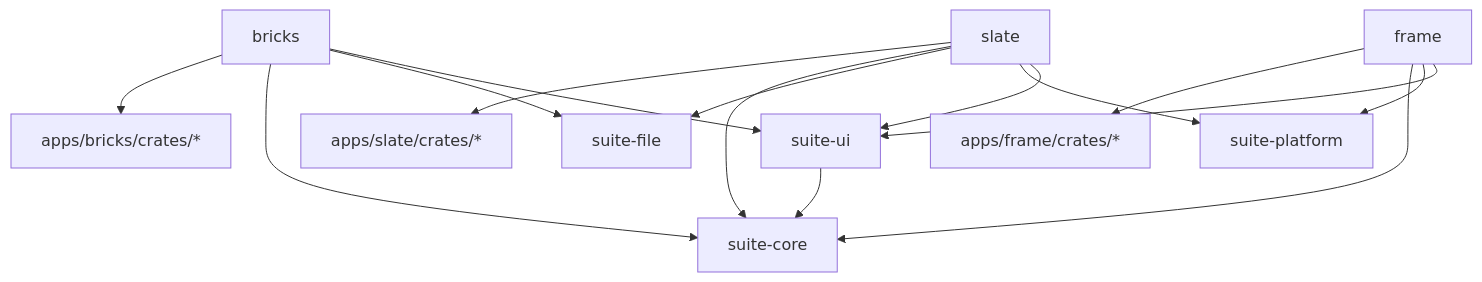
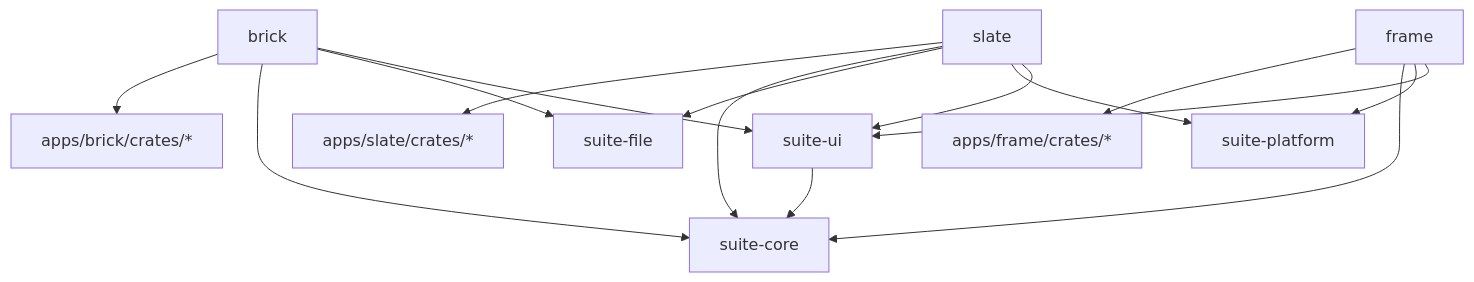
One commit to avdrav1/bricks changed the diagram in docs/architecture/overview.md. Above: the diagram before and after it, drawn with Mermaid. The commit also changed other lines of this file and 300 other files, not shown here.

Commit message:
PKG-5: Rename the app to Brick, replacing Bricks and Spreadsheet on install

````diff
--- a/docs/architecture/overview.md
+++ b/docs/architecture/overview.md
@@ -35,17 +35,17 @@
 ```mermaid
 graph TD
-    bricks --> suite-ui
-    bricks --> suite-file
-    bricks --> suite-core
-    bricks --> bricks-crates["apps/bricks/crates/*"]
+    brick --> suite-ui
+    brick --> suite-file
+    brick --> suite-core
+    brick --> brick-crates["apps/brick/crates/*"]
     slate --> suite-ui
     slate --> suite-platform
     slate --> suite-file
     slate --> suite-core
     slate --> slate-crates["apps/slate/crates/*"]
     frame --> suite-ui
     frame --> suite-platform
     frame --> suite-core
     frame --> frame-crates["apps/frame/crates/*"]
     suite-ui --> suite-core
 ```
````
